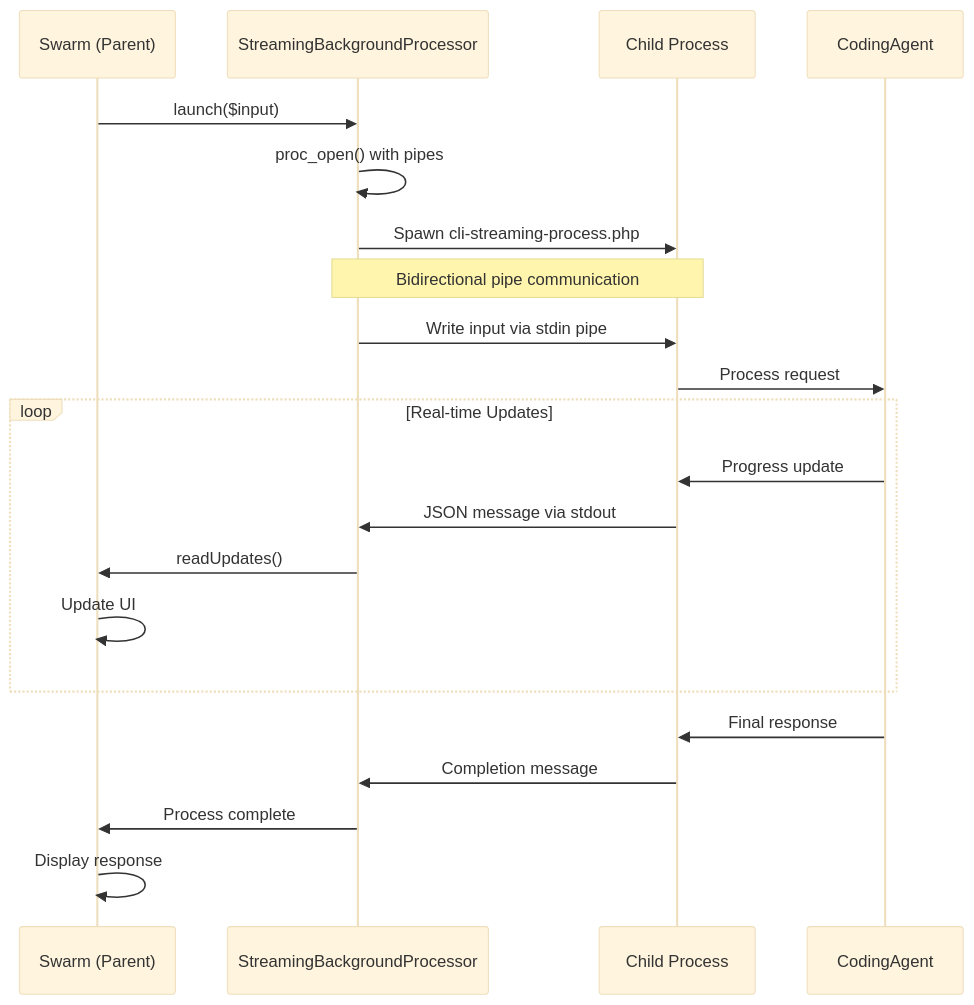
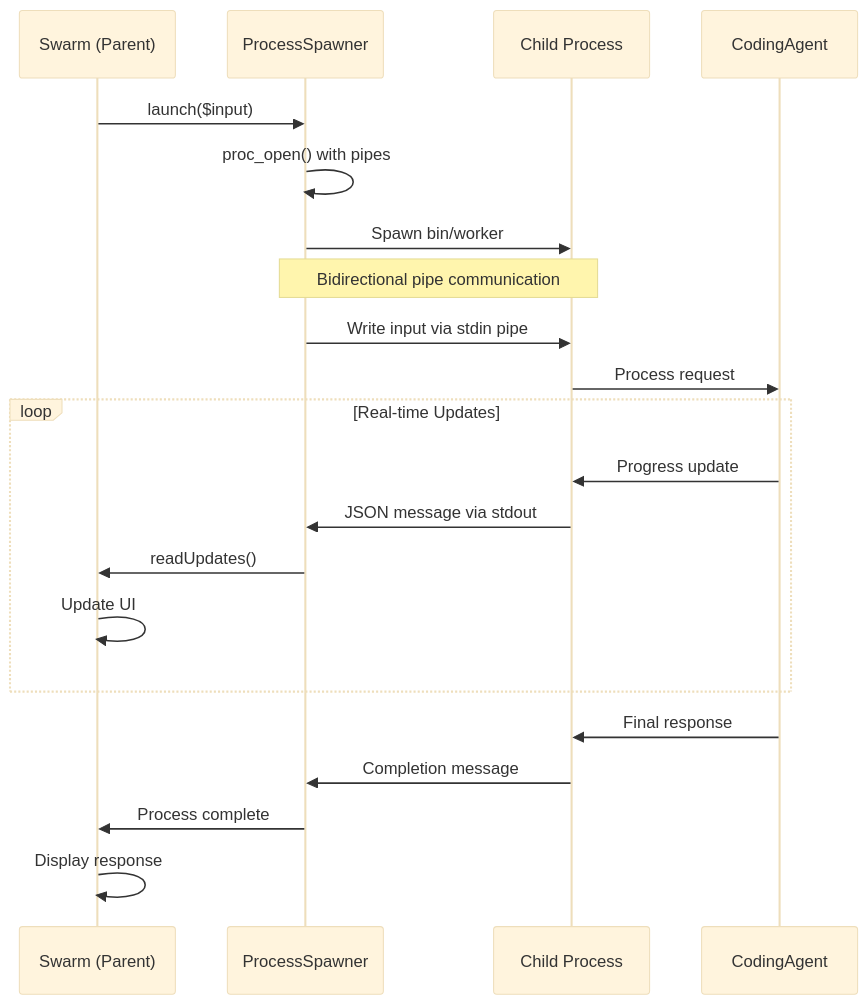
The eighth of 8 diagrams in docs/overview.md (HelgeSverre/swarm), drawn with Mermaid (base theme) before and after one commit. The commit also changed other lines of this file and 63 other files, not shown here.

First line of the commit message:
refactor: Complete architectural overhaul for better separation of concerns

````diff
--- a/docs/overview.md
+++ b/docs/overview.md
@@ -306,28 +306,28 @@
 ```mermaid
 sequenceDiagram
     participant CLI as Swarm (Parent)
-    participant Proc as StreamingBackgroundProcessor
+    participant Proc as ProcessSpawner
     participant Child as Child Process
     participant Agent as CodingAgent
     
     CLI->>Proc: launch($input)
     Proc->>Proc: proc_open() with pipes
-    Proc->>Child: Spawn cli-streaming-process.php
+    Proc->>Child: Spawn bin/worker
     
     Note over Proc,Child: Bidirectional pipe communication
     
     Proc->>Child: Write input via stdin pipe
     Child->>Agent: Process request
     
     loop Real-time Updates
         Agent->>Child: Progress update
         Child->>Proc: JSON message via stdout
         Proc->>CLI: readUpdates()
         CLI->>CLI: Update UI
     end
     
     Agent->>Child: Final response
     Child->>Proc: Completion message
     Proc->>CLI: Process complete
     CLI->>CLI: Display response
 ```
````
